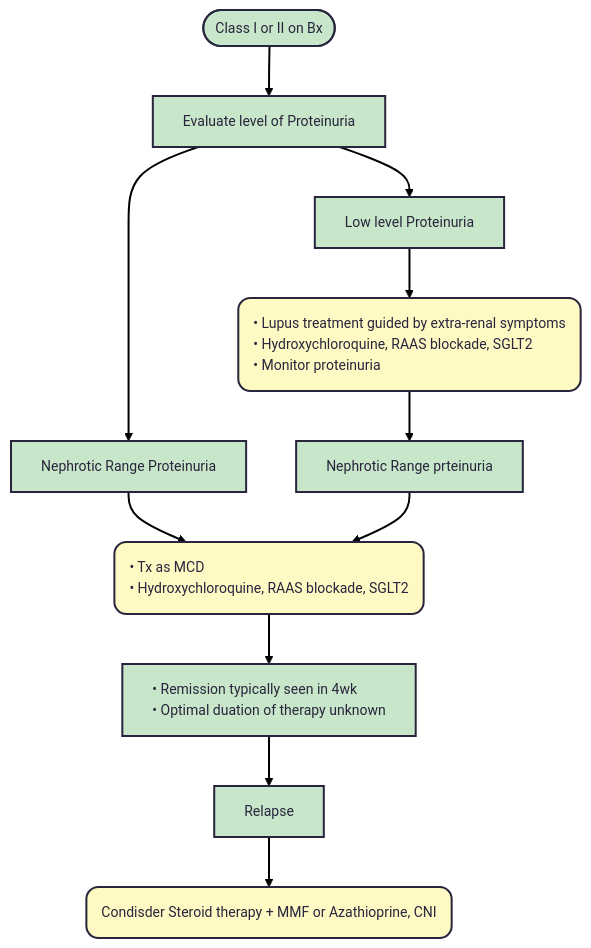
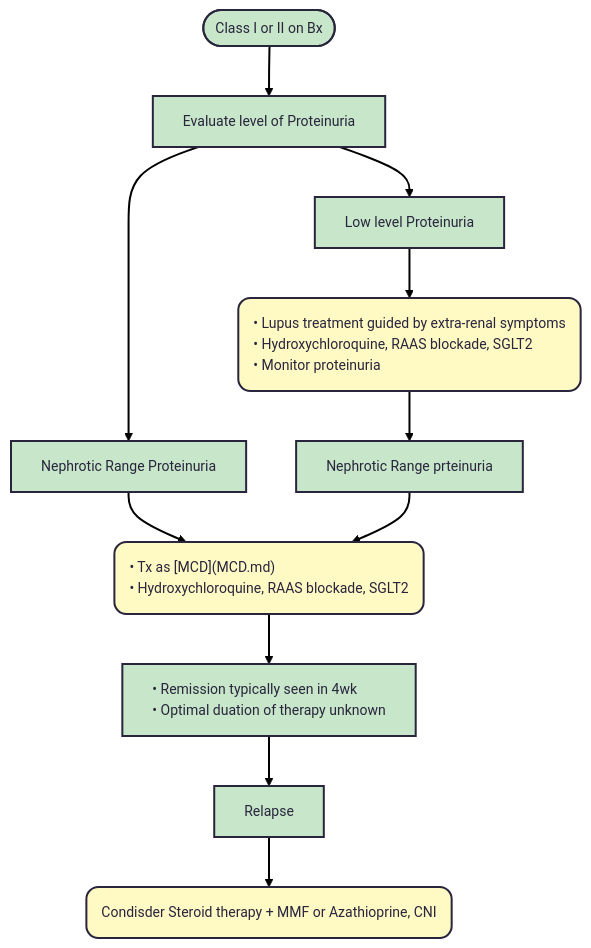
The diagram in docs/Lupus.md (TTUNEPH2025/GN), drawn with Mermaid before and after one commit.

````diff
--- a/docs/Lupus.md
+++ b/docs/Lupus.md
@@ -83,35 +83,35 @@
 ```mermaid
 ---
 config:
   theme: redux
   layout: dagre
 ---
 flowchart TB
     A(["Class I or II on Bx"]) --> n1["Evaluate level of Proteinuria"]
     n1 --> n2["Low level Proteinuria"] & n3["Nephrotic Range Proteinuria"]
     n2 --> n4["• Lupus treatment guided by extra-renal symptoms
     • Hydroxychloroquine, RAAS blockade, SGLT2
     • Monitor proteinuria"]
-    n3 --> n5["• Tx as MCD
+    n3 --> n5["• Tx as [MCD](MCD.md)
     • Hydroxychloroquine, RAAS blockade, SGLT2"]
     n5 --> n6["• Remission typically seen in 4wk
     • Optimal duation of therapy unknown"]
     n6 --> n7["Relapse"]
     n7 --> n8["Condisder Steroid therapy + MMF or Azathioprine, CNI"]
     n4 --> n9["Nephrotic Range prteinuria"]
     n9 --> n5
 
     n4@{ shape: rounded}
     n5@{ shape: rounded}
     n8@{ shape: rounded}
     style A fill:#C8E6C9
     style n1 fill:#C8E6C9
     style n2 fill:#C8E6C9
     style n3 fill:#C8E6C9,white-space:nowrap
     style n4 fill:#FFF9C4,text-align:left,white-space:nowrap
     style n5 fill:#FFF9C4,text-align:left,white-space:nowrap
     style n6 fill:#C8E6C9,text-align:left,white-space:nowrap
     style n7 fill:#C8E6C9
     style n8 fill:#FFF9C4,text-align:left,white-space:nowrap
     style n9 fill:#C8E6C9,white-space:nowrap
 ```
````
